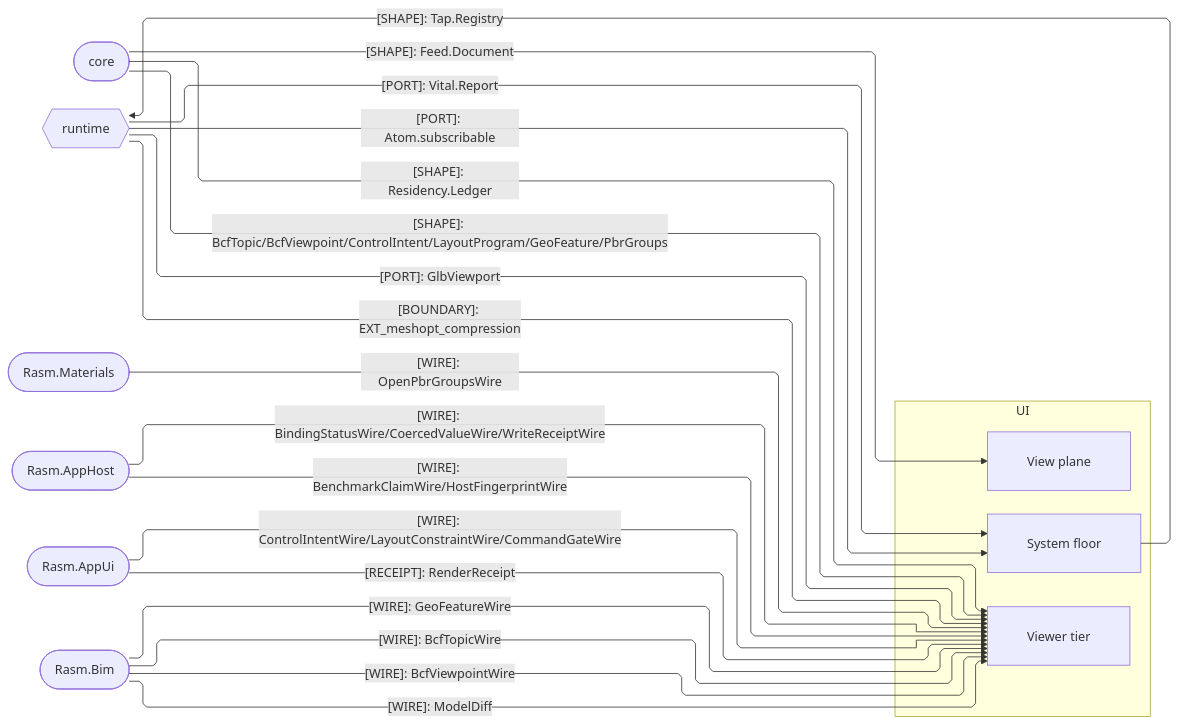
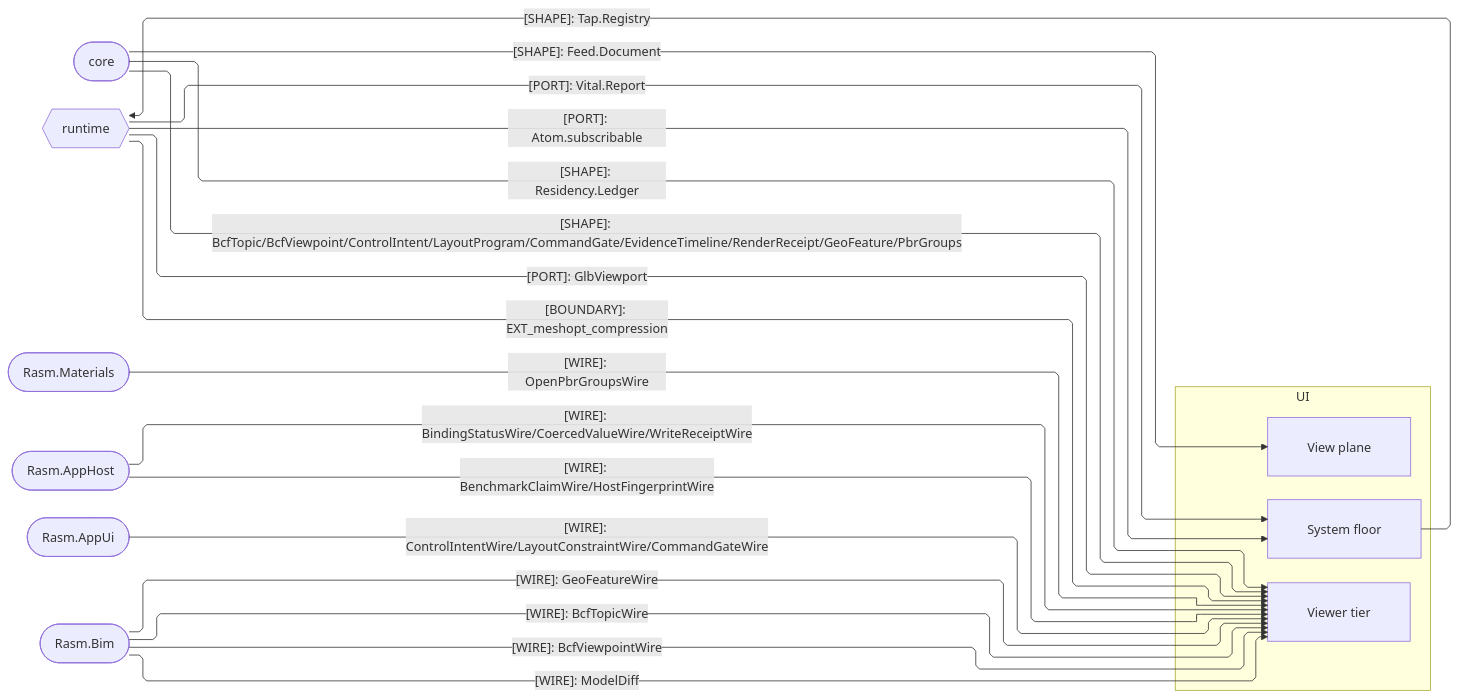
One commit to bsamiee/Rasm changed the second of 2 diagrams in libs/typescript/ui/ARCHITECTURE.md. Above: the diagram before and after it, drawn with Mermaid. The commit also changed 138 other files, not shown here.

````diff
--- a/libs/typescript/ui/ARCHITECTURE.md
+++ b/libs/typescript/ui/ARCHITECTURE.md
@@ -91,40 +91,39 @@
 ```mermaid
 ---
 config:
   layout: elk
   flowchart:
     curve: linear
     padding: 25
 ---
 flowchart LR
     accTitle: UI package seam registry
     accDescr: UI owners exchanging value, wire, port, and receipt contracts with core, runtime, and the C# packages; nodes classed by direction.
     subgraph ui[UI]
         System[System floor]
         View[View plane]
         Viewer[Viewer tier]
     end
     Core([core])
     Runtime{{runtime}}
     Materials([Rasm.Materials])
     AppHost([Rasm.AppHost])
     AppUi([Rasm.AppUi])
     Bim([Rasm.Bim])
     Core e1@-->|"[SHAPE]: Feed.Document"| View
     Core e12@-->|"[SHAPE]: Residency.Ledger"| Viewer
-    Core e16@-->|"[SHAPE]: BcfTopic/BcfViewpoint/ControlIntent/LayoutProgram/GeoFeature/PbrGroups"| Viewer
+    Core e16@-->|"[SHAPE]: BcfTopic/BcfViewpoint/ControlIntent/LayoutProgram/CommandGate/EvidenceTimeline/RenderReceipt/GeoFeature/PbrGroups"| Viewer
     Runtime e2@-->|"[PORT]: Atom.subscribable"| System
     Runtime e3@-->|"[PORT]: GlbViewport"| Viewer
     Runtime e17@-->|"[PORT]: Vital.Report"| System
     Runtime e4@-->|"[BOUNDARY]: EXT_meshopt_compression"| Viewer
     Materials e5@-->|"[WIRE]: OpenPbrGroupsWire"| Viewer
     AppHost e6@-->|"[WIRE]: BindingStatusWire/CoercedValueWire/WriteReceiptWire"| Viewer
     AppHost e13@-->|"[WIRE]: BenchmarkClaimWire/HostFingerprintWire"| Viewer
     AppUi e7@-->|"[WIRE]: ControlIntentWire/LayoutConstraintWire/CommandGateWire"| Viewer
-    AppUi e8@-->|"[RECEIPT]: RenderReceipt"| Viewer
     Bim e9@-->|"[WIRE]: BcfTopicWire"| Viewer
     Bim e10@-->|"[WIRE]: BcfViewpointWire"| Viewer
     Bim e11@-->|"[WIRE]: ModelDiff"| Viewer
     Bim e14@-->|"[WIRE]: GeoFeatureWire"| Viewer
     System e15@-->|"[SHAPE]: Tap.Registry"| Runtime
 ```
````
